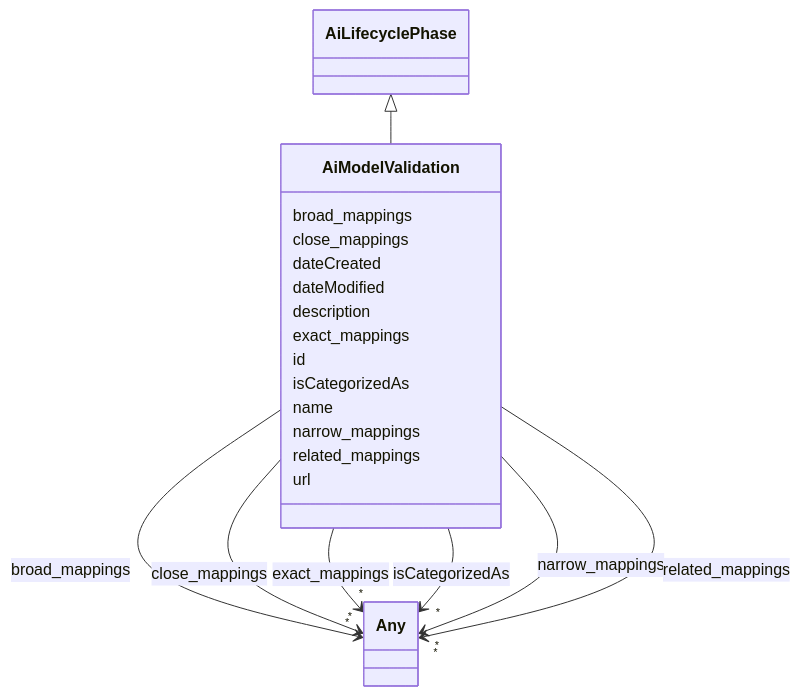
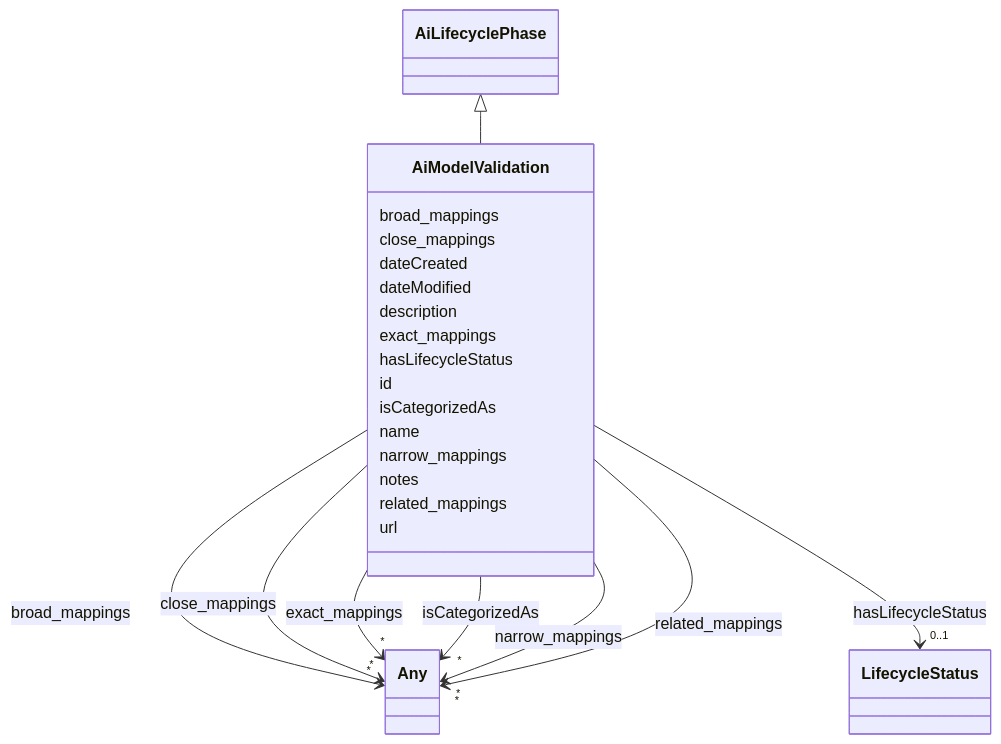
One commit to ingelise/risk-atlas-nexus changed the diagram in docs/ontology/AiModelValidation.md. Above: the diagram before and after it, drawn with Mermaid. The commit also changed other lines of this file and 190 other files, not shown here.

```diff
--- a/docs/ontology/AiModelValidation.md
+++ b/docs/ontology/AiModelValidation.md
@@ -57,6 +57,17 @@
 
 
 
+      AiModelValidation : hasLifecycleStatus
+
+
+
+
+
+        AiModelValidation --> "0..1" LifecycleStatus : hasLifecycleStatus
+        click LifecycleStatus href "../LifecycleStatus/"
+
+
+
       AiModelValidation : id
 
       AiModelValidation : isCategorizedAs
@@ -83,6 +94,8 @@
 
 
 
+      AiModelValidation : notes
+
       AiModelValidation : related_mappings
 
 
```
